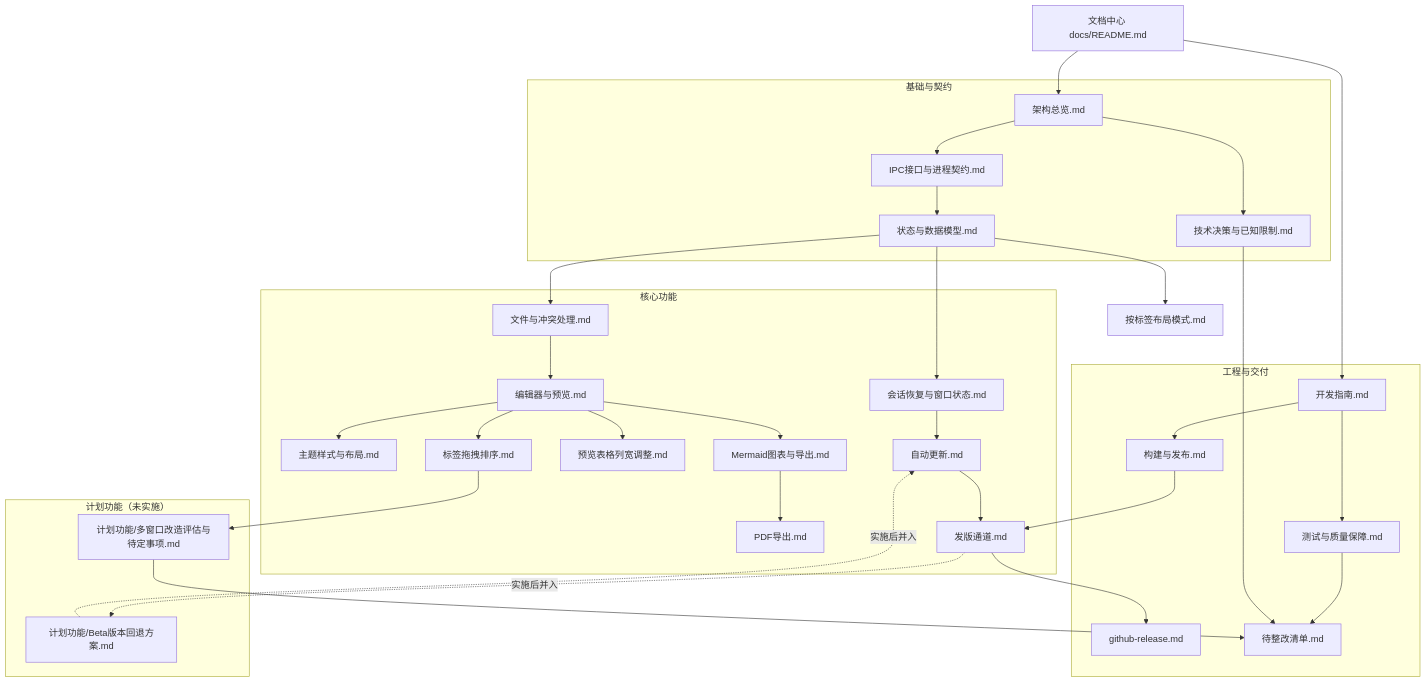
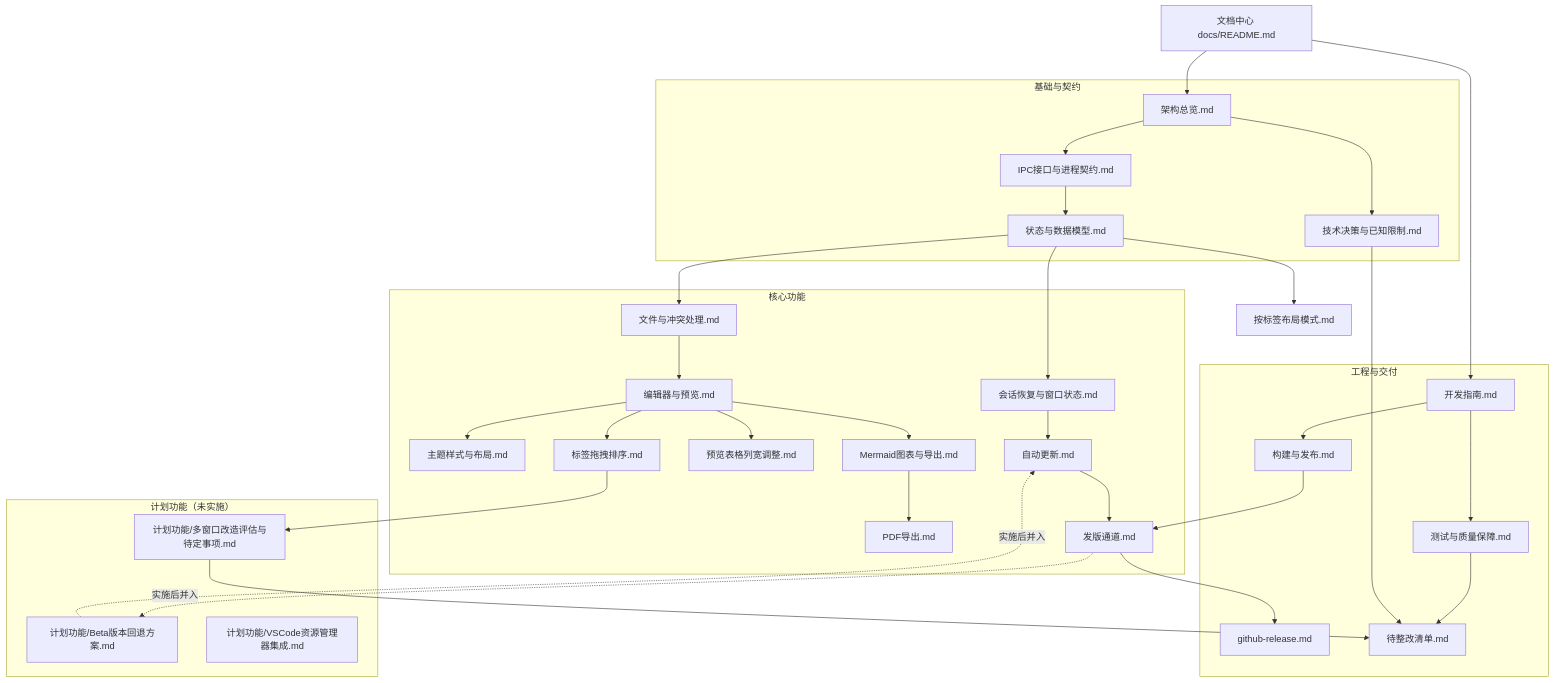
Before and after one commit to Harley-xk/mark-it: the diagram in docs/README.md, drawn with Mermaid. The commit also changed other lines of this file and 1 other file, not shown here.

Commit message:
docs(docs): 新增 VSCode 资源管理器集成方案文档

````diff
--- a/docs/README.md
+++ b/docs/README.md
@@ -14,64 +14,65 @@
 ```mermaid
 flowchart TD
   IDX["文档中心 docs/README.md"]
 
   subgraph 基础与契约
     ARCH["架构总览.md"]
     DEC["技术决策与已知限制.md"]
     IPC["IPC接口与进程契约.md"]
     DATA["状态与数据模型.md"]
   end
 
   subgraph 核心功能
     FILE["文件与冲突处理.md"]
     SESSION["会话恢复与窗口状态.md"]
     EDIT["编辑器与预览.md"]
     THEME["主题样式与布局.md"]
     MERMAID["Mermaid图表与导出.md"]
     PDF["PDF导出.md"]
     TABLE["预览表格列宽调整.md"]
     TABORDER["标签拖拽排序.md"]
     UPDATE["自动更新.md"]
     CHANNEL["发版通道.md"]
   end
 
   subgraph 工程与交付
     BUILD["构建与发布.md"]
     RELEASE["github-release.md"]
     DEV["开发指南.md"]
     QA["测试与质量保障.md"]
     TODO["待整改清单.md"]
   end
 
   subgraph PLANNED["计划功能（未实施）"]
     MULTI["计划功能/多窗口改造评估与待定事项.md"]
     ROLLBACK["计划功能/Beta版本回退方案.md"]
+    VSCODE["计划功能/VSCode资源管理器集成.md"]
   end
 
   IDX --> ARCH
   IDX --> DEV
   ARCH --> DEC
   ARCH --> IPC
   IPC --> DATA
   DATA --> FILE
   DATA --> SESSION
   DATA --> LAYOUT["按标签布局模式.md"]
   FILE --> EDIT
   EDIT --> THEME
   EDIT --> MERMAID
   EDIT --> TABLE
   EDIT --> TABORDER
   MERMAID --> PDF
   SESSION --> UPDATE
   UPDATE --> CHANNEL
   DEV --> QA
   DEV --> BUILD
   BUILD --> CHANNEL
   CHANNEL --> RELEASE
   QA --> TODO
   DEC --> TODO
   TABORDER --> MULTI
   MULTI --> TODO
   CHANNEL -. "实施后并入" .-> ROLLBACK
   ROLLBACK -. "实施后并入" .-> UPDATE
 ```
````
